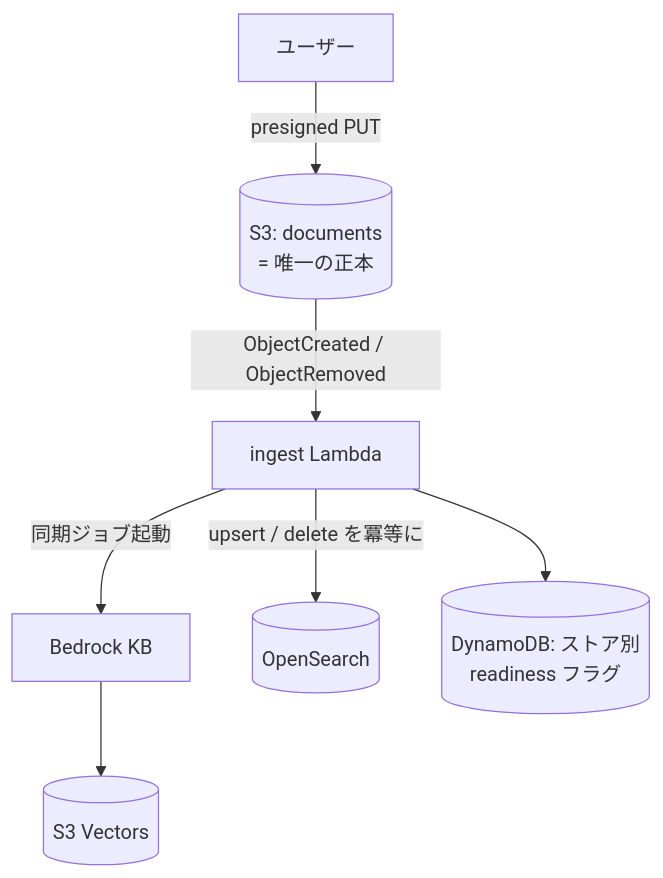
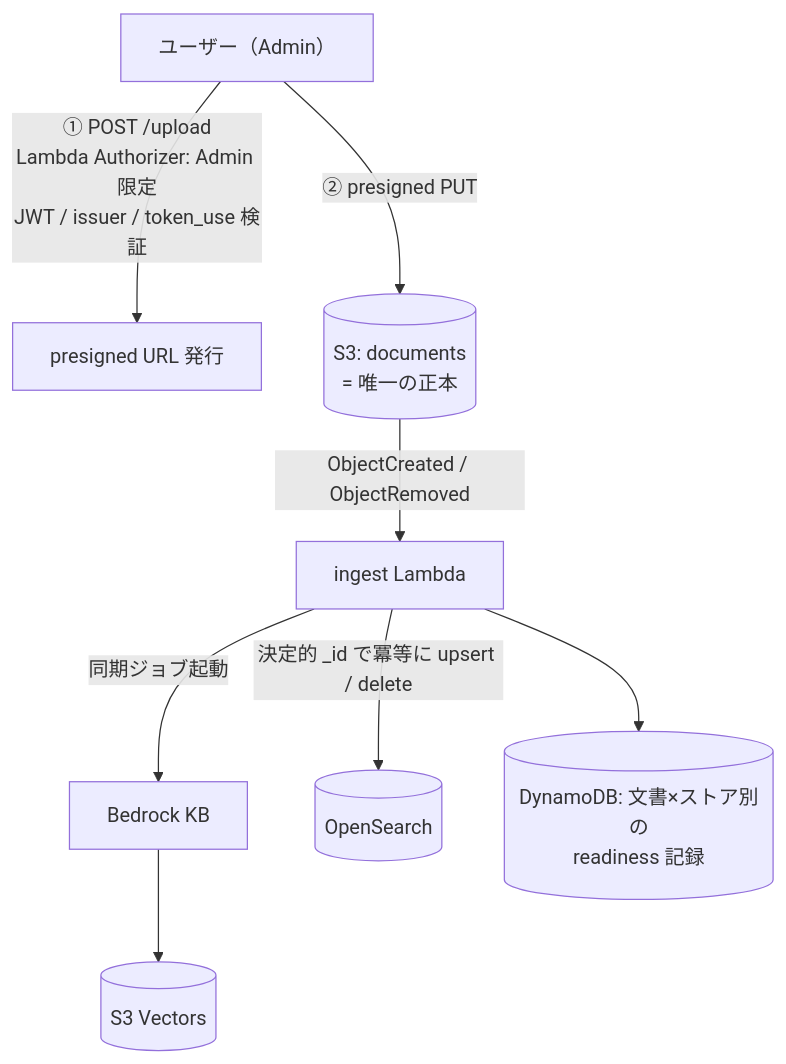
Before and after one commit to Yuki670926/rag-portfolio: the second of 2 diagrams in README.md, drawn with Mermaid. The commit also changed other lines of this file, not shown here.

First line of the commit message:
docs: README の事実修正（検証実績・認可モデル・readiness 機構・運用ノート）

````diff
--- a/README.md
+++ b/README.md
@@ -41,8 +41,9 @@
 ```mermaid
 flowchart TB
-    U[ユーザー] -->|presigned PUT| DOC[(S3: documents<br/>= 唯一の正本)]
+    U[ユーザー（Admin）] -->|① POST /upload<br/>Lambda Authorizer: Admin 限定<br/>JWT / issuer / token_use 検証| PRE[presigned URL 発行]
+    U -->|② presigned PUT| DOC[(S3: documents<br/>= 唯一の正本)]
     DOC -->|ObjectCreated / ObjectRemoved| ING[ingest Lambda]
     ING -->|同期ジョブ起動| KB[Bedrock KB] --> SV[(S3 Vectors)]
-    ING -->|upsert / delete を冪等に| OS[(OpenSearch)]
-    ING --> FLAG[(DynamoDB: ストア別<br/>readiness フラグ)]
+    ING -->|決定的 _id で冪等に upsert / delete| OS[(OpenSearch)]
+    ING --> FLAG[(DynamoDB: 文書×ストア別の<br/>readiness 記録)]
 ```
````
